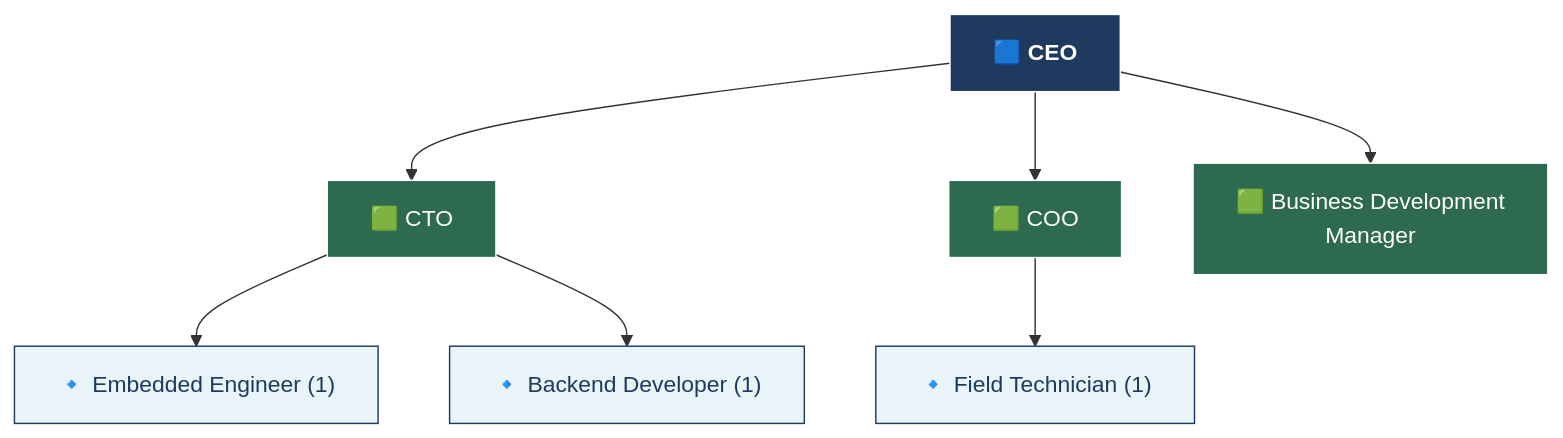
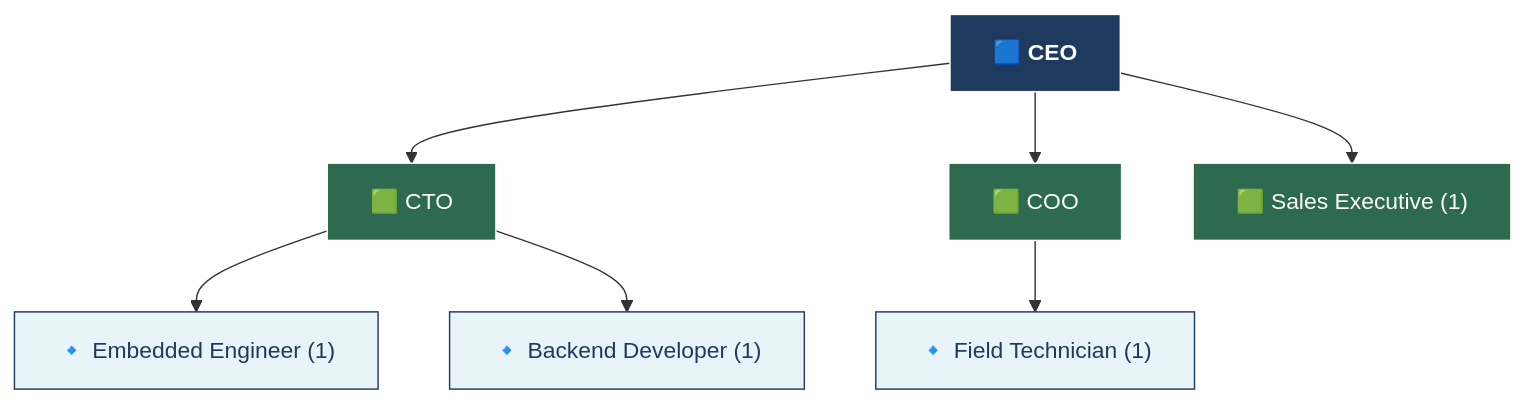
One commit to nathanbaudelin/SenSight_Bin changed the first of 3 diagrams in frontend/public/org-charts.md. Above: the diagram before and after it, drawn with Mermaid. The commit also changed other lines of this file, not shown here.

Commit message:
fix(doc): docs chart

````diff
--- a/frontend/public/org-charts.md
+++ b/frontend/public/org-charts.md
@@ -7,26 +7,25 @@
 ```mermaid
 graph TD
     CEO["🟦 CEO"]
     CTO["🟩 CTO"]
     COO["🟩 COO"]
-    BDM["🟩 Business Development
-    Manager"]
+    BDM["🟩 Sales Executive (1)"]
     EE1["🔹 Embedded Engineer (1)"]
     BD1["🔹 Backend Developer (1)"]
     FT1["🔹 Field Technician (1)"]
 
     CEO --> CTO
     CEO --> COO
     CEO --> BDM
     CTO --> EE1
     CTO --> BD1
     COO --> FT1
 
     style CEO fill:#1e3a5f,stroke:#fff,color:#fff,font-weight:bold
     style CTO fill:#2d6a4f,stroke:#fff,color:#fff
     style COO fill:#2d6a4f,stroke:#fff,color:#fff
     style BDM fill:#2d6a4f,stroke:#fff,color:#fff
     style EE1 fill:#e8f4f8,stroke:#1e3a5f,color:#1e3a5f
     style BD1 fill:#e8f4f8,stroke:#1e3a5f,color:#1e3a5f
     style FT1 fill:#e8f4f8,stroke:#1e3a5f,color:#1e3a5f
 ```
````
